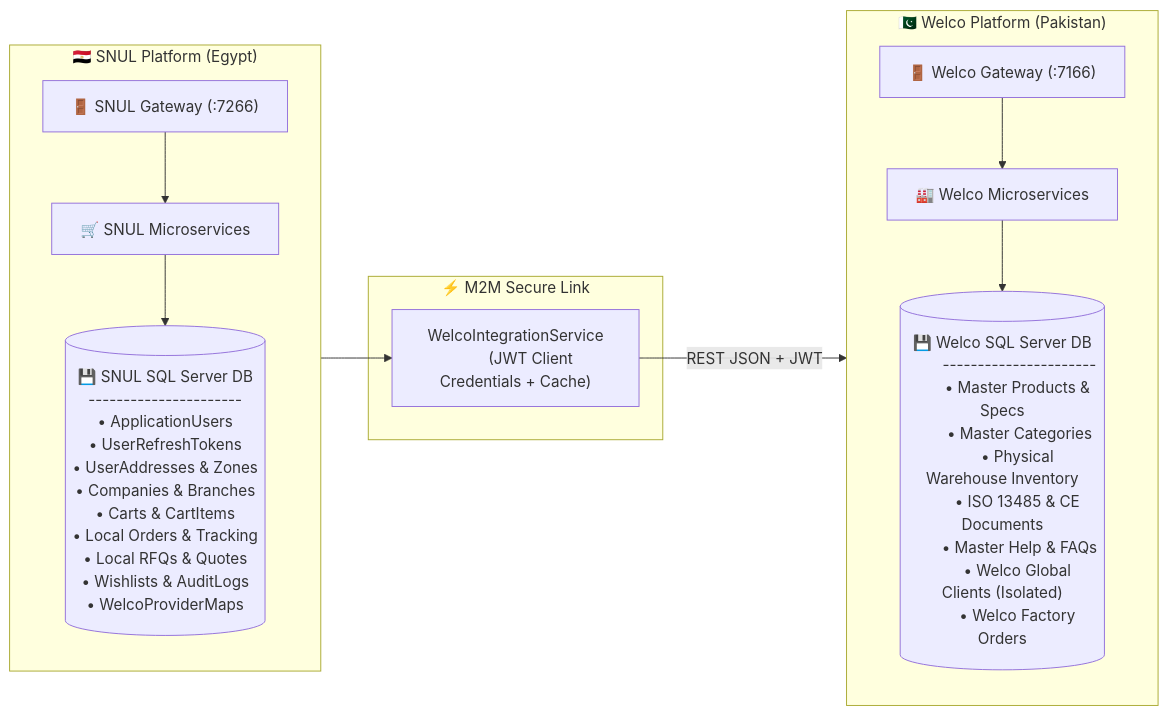
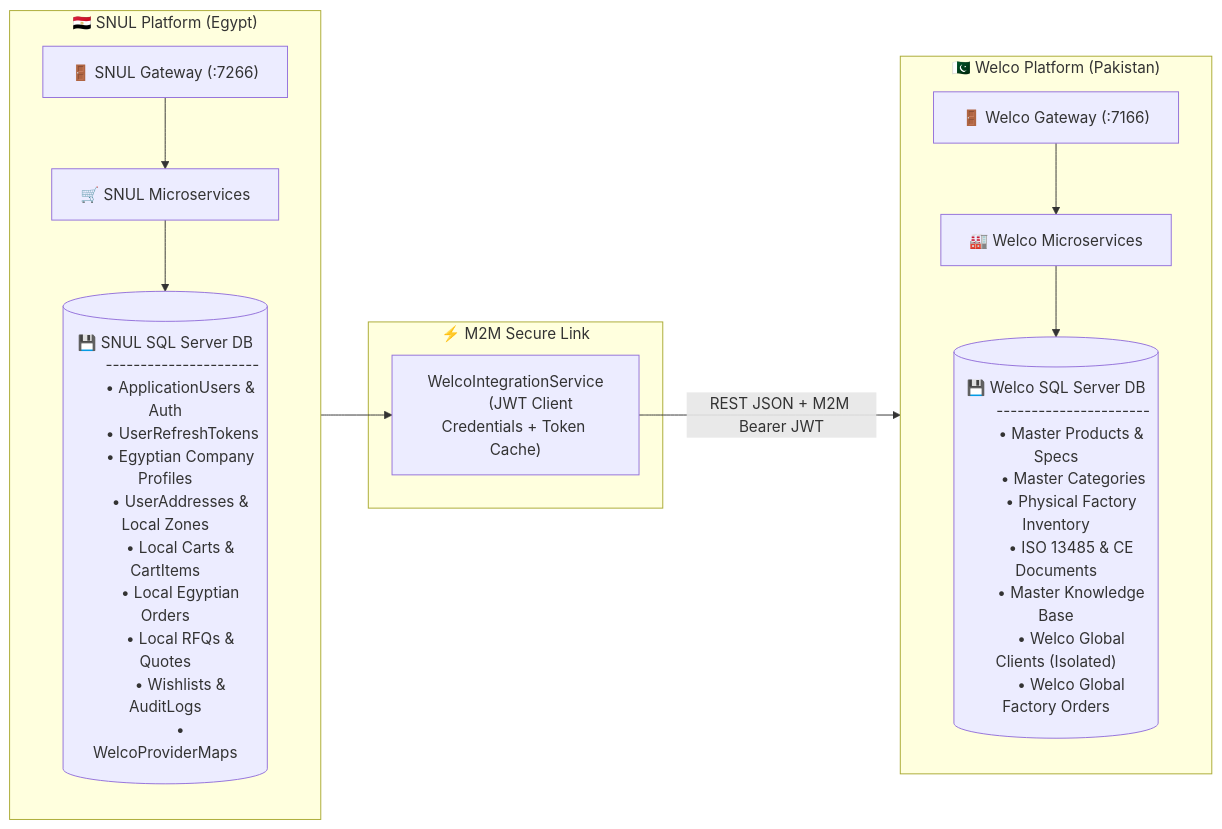
One commit to MohamedSaber2004/SNUL-Backend changed the first of 4 diagrams in README.md. Above: the diagram before and after it, drawn with Mermaid. The commit also changed other lines of this file and 26 other files, not shown here.

````diff
--- a/README.md
+++ b/README.md
@@ -85,46 +85,46 @@
 ```mermaid
 flowchart LR
     subgraph SNUL_Egypt ["🇪🇬 SNUL Platform (Egypt)"]
         direction TB
         SNUL_DB[("💾 SNUL SQL Server DB
         ----------------------
-        • ApplicationUsers
+        • ApplicationUsers & Auth
         • UserRefreshTokens
-        • UserAddresses & Zones
-        • Companies & Branches
-        • Carts & CartItems
-        • Local Orders & Tracking
+        • Egyptian Company Profiles
+        • UserAddresses & Local Zones
+        • Local Carts & CartItems
+        • Local Egyptian Orders
         • Local RFQs & Quotes
         • Wishlists & AuditLogs
         • WelcoProviderMaps")]
         SNUL_GW["🚪 SNUL Gateway (:7266)"]
         SNUL_API["🛒 SNUL Microservices"]
         SNUL_GW --> SNUL_API
         SNUL_API --> SNUL_DB
     end
 
     subgraph Shared_Sync ["⚡ M2M Secure Link"]
         IntegService["WelcoIntegrationService
-        (JWT Client Credentials + Cache)"]
+        (JWT Client Credentials + Token Cache)"]
     end
 
     subgraph Welco_Pakistan ["🇵🇰 Welco Platform (Pakistan)"]
         direction TB
         Welco_DB[("💾 Welco SQL Server DB
         ----------------------
         • Master Products & Specs
         • Master Categories
-        • Physical Warehouse Inventory
+        • Physical Factory Inventory
         • ISO 13485 & CE Documents
-        • Master Help & FAQs
+        • Master Knowledge Base
         • Welco Global Clients (Isolated)
-        • Welco Factory Orders")]
+        • Welco Global Factory Orders")]
         Welco_GW["🚪 Welco Gateway (:7166)"]
         Welco_API["🏭 Welco Microservices"]
         Welco_GW --> Welco_API
         Welco_API --> Welco_DB
     end
 
     SNUL_API --> IntegService
-    IntegService -->|REST JSON + JWT| Welco_GW
+    IntegService -->|REST JSON + M2M Bearer JWT| Welco_GW
 ```
````
